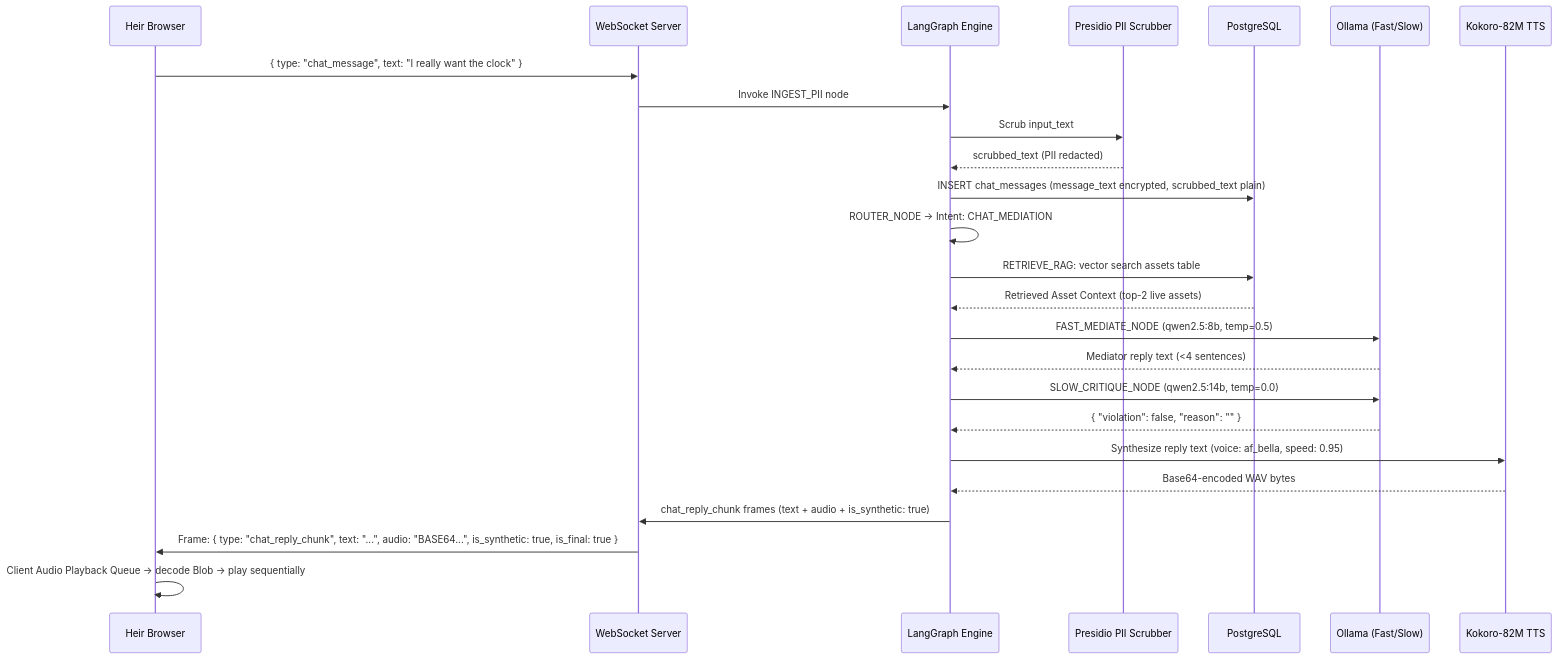
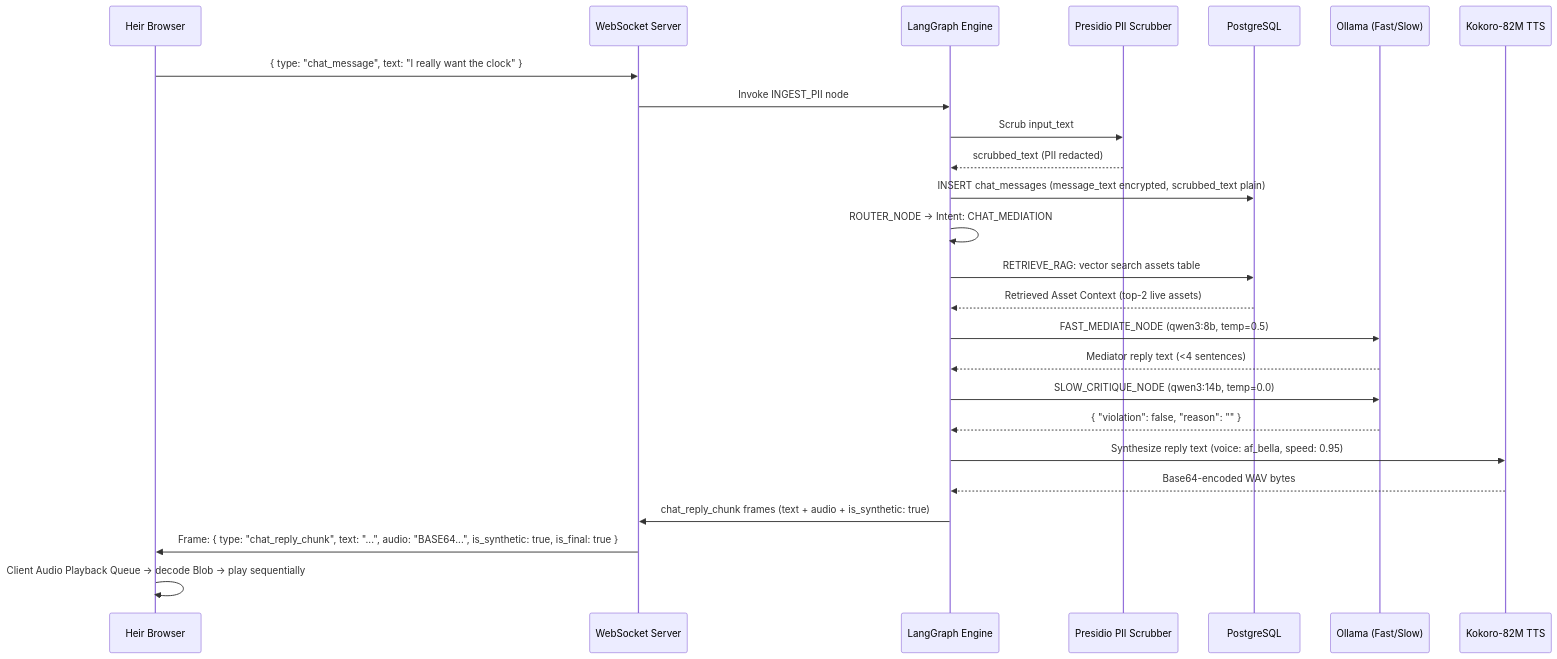
Before and after one commit to Smone5/estate: the second of 3 diagrams in DEVELOPMENT_BLUEPRINT.md, drawn with Mermaid. The commit also changed other lines of this file and 34 other files, not shown here.

Commit message:
upgraded llm flow and choices

````diff
--- a/DEVELOPMENT_BLUEPRINT.md
+++ b/DEVELOPMENT_BLUEPRINT.md
@@ -309,28 +309,28 @@
 ```mermaid
 sequenceDiagram
     participant Browser as Heir Browser
     participant WS as WebSocket Server
     participant Graph as LangGraph Engine
     participant Presidio as Presidio PII Scrubber
     participant DB as PostgreSQL
     participant Ollama as Ollama (Fast/Slow)
     participant Kokoro as Kokoro-82M TTS
 
     Browser->>WS: { type: "chat_message", text: "I really want the clock" }
     WS->>Graph: Invoke INGEST_PII node
     Graph->>Presidio: Scrub input_text
     Presidio-->>Graph: scrubbed_text (PII redacted)
     Graph->>DB: INSERT chat_messages (message_text encrypted, scrubbed_text plain)
     Graph->>Graph: ROUTER_NODE → Intent: CHAT_MEDIATION
     Graph->>DB: RETRIEVE_RAG: vector search assets table
     DB-->>Graph: Retrieved Asset Context (top-2 live assets)
-    Graph->>Ollama: FAST_MEDIATE_NODE (qwen2.5:8b, temp=0.5)
+    Graph->>Ollama: FAST_MEDIATE_NODE (qwen3:8b, temp=0.5)
     Ollama-->>Graph: Mediator reply text (<4 sentences)
-    Graph->>Ollama: SLOW_CRITIQUE_NODE (qwen2.5:14b, temp=0.0)
+    Graph->>Ollama: SLOW_CRITIQUE_NODE (qwen3:14b, temp=0.0)
     Ollama-->>Graph: { "violation": false, "reason": "" }
     Graph->>Kokoro: Synthesize reply text (voice: af_bella, speed: 0.95)
     Kokoro-->>Graph: Base64-encoded WAV bytes
     Graph->>WS: chat_reply_chunk frames (text + audio + is_synthetic: true)
     WS->>Browser: Frame: { type: "chat_reply_chunk", text: "...", audio: "BASE64...", is_synthetic: true, is_final: true }
     Browser->>Browser: Client Audio Playback Queue → decode Blob → play sequentially
 ```
````
